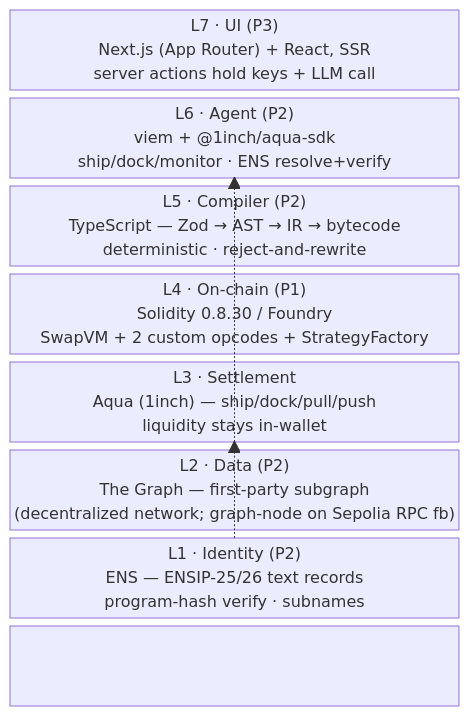
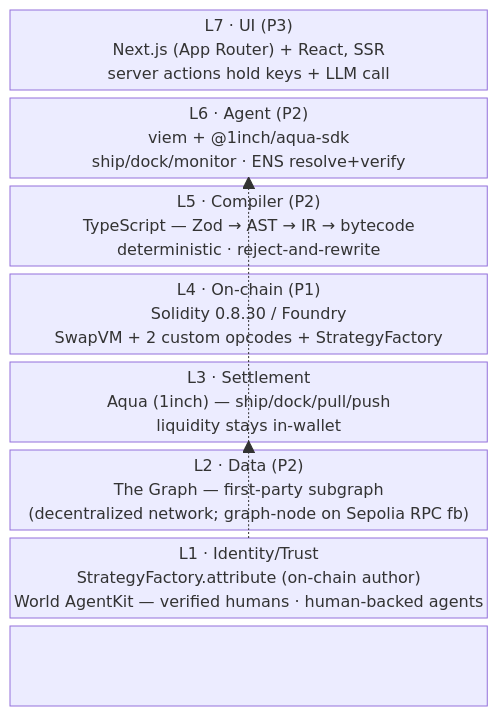
The diagram in docs/strategy/TECH-STACK.md (ppezzull/wave), drawn with Mermaid before and after one commit. The commit also changed other lines of this file and 8 other files, not shown here.

````diff
--- a/docs/strategy/TECH-STACK.md
+++ b/docs/strategy/TECH-STACK.md
@@ -9,14 +9,14 @@
 ```mermaid
 block-beta
     columns 1
     L7["L7 · UI (P3)\nNext.js (App Router) + React, SSR\nserver actions hold keys + LLM call"]
     L6["L6 · Agent (P2)\nviem + @1inch/aqua-sdk\nship/dock/monitor · ENS resolve+verify"]
     L5["L5 · Compiler (P2)\nTypeScript — Zod → AST → IR → bytecode\ndeterministic · reject-and-rewrite"]
     L4["L4 · On-chain (P1)\nSolidity 0.8.30 / Foundry\nSwapVM + 2 custom opcodes + StrategyFactory"]
     L3["L3 · Settlement\nAqua (1inch) — ship/dock/pull/push\nliquidity stays in-wallet"]
     L2["L2 · Data (P2)\nThe Graph — first-party subgraph\n(decentralized network; graph-node on Sepolia RPC fb)"]
-    L1["L1 · Identity (P2)\nENS — ENSIP-25/26 text records\nprogram-hash verify · subnames"]
+    L1["L1 · Identity/Trust\nStrategyFactory.attribute (on-chain author)\nWorld AgentKit — verified humans · human-backed agents"]
     L7 --> L6 --> L5 --> L4 --> L3
     L2 -.-> L6
     L1 -.-> L3
 ```
````
